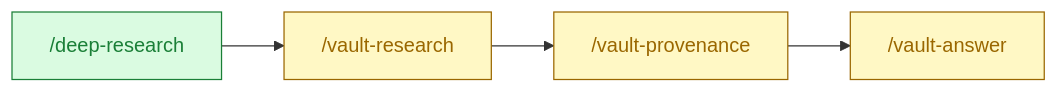
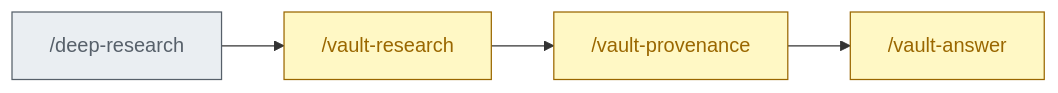
The ninth of 9 diagrams in README.md (DoctorMozg/claude-pipelines), drawn with Mermaid before and after one commit. The commit also changed other lines of this file, not shown here.

````diff
--- a/README.md
+++ b/README.md
@@ -164,8 +166,8 @@
 ```mermaid
 flowchart LR
-    A["/deep-research"]:::pipe --> B["/vault-research"]:::know
+    A["/deep-research"]:::research --> B["/vault-research"]:::know
     B --> C["/vault-provenance"]:::know
     C --> D["/vault-answer"]:::know
-    classDef pipe fill:#dafbe1,stroke:#1a7f37,color:#1a7f37
+    classDef research fill:#eaeef2,stroke:#57606a,color:#57606a
     classDef know fill:#fff8c5,stroke:#9a6700,color:#9a6700
 ```
````
